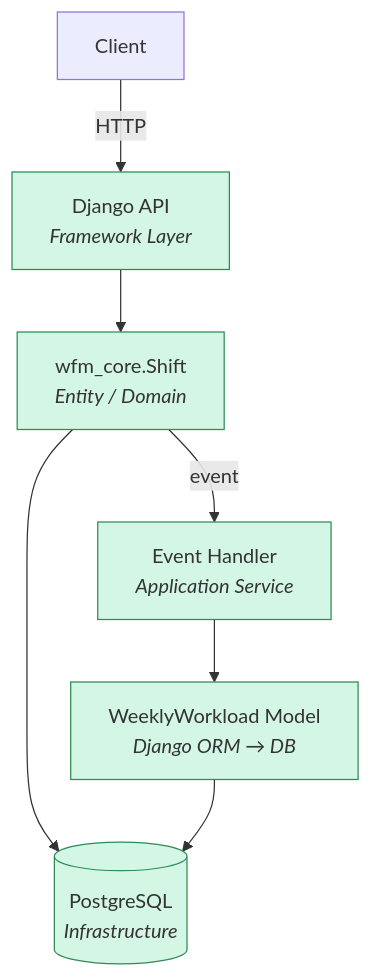
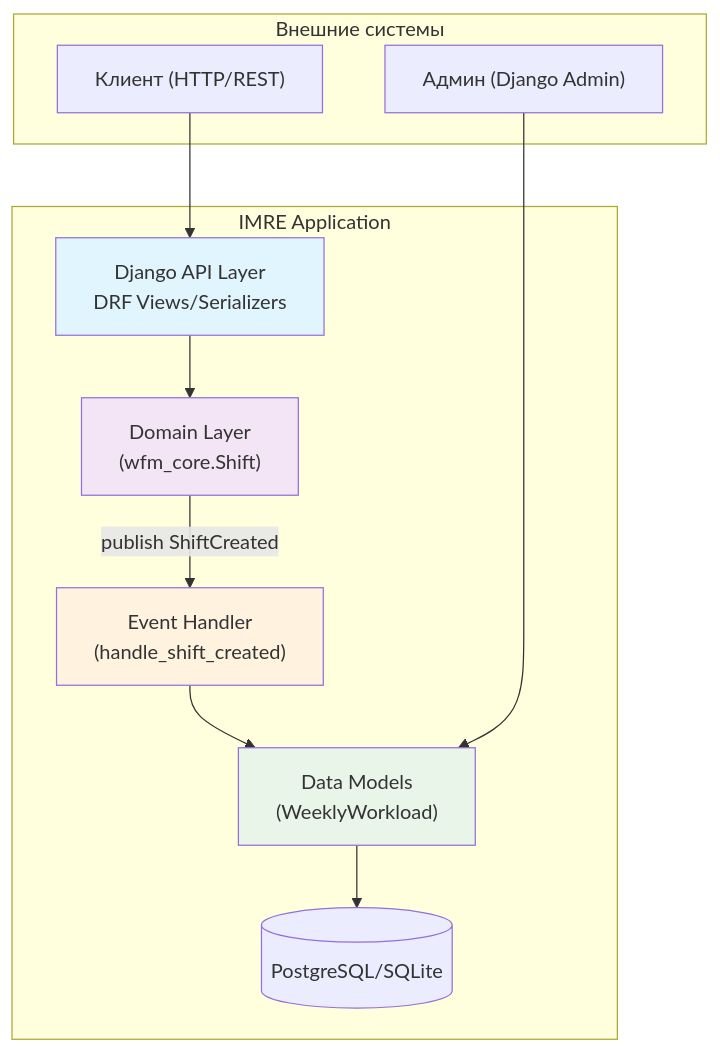
The third of 3 diagrams in README.md (globanov/imre), drawn with Mermaid before and after one commit. The commit also changed other lines of this file, not shown here.

Commit message:
docs: align all documentation with actual synchronous implementation, improve architecture diagrams

````diff
--- a/README.md
+++ b/README.md
@@ -66,15 +66,27 @@
 ```mermaid
-graph TD
-    A[Client] -->|HTTP| B[Django API<br><i>Framework Layer</i>]
-    B --> C["wfm_core.Shift<br><i>Entity / Domain</i>"]
-    C --> D[(PostgreSQL<br><i>Infrastructure</i>)]
-    C -->|event| E["Event Handler<br><i>Application Service</i>"]
-    E --> F["WeeklyWorkload Model<br><i>Django ORM → DB</i>"]
-    F --> D
+graph TB
+    subgraph "Внешние системы"
+        Client["Клиент (HTTP/REST)"]
+        Admin["Админ (Django Admin)"]
+    end
     
-    style C fill:#d4f7e5,stroke:#2e8b57
-    style F fill:#d4f7e5,stroke:#2e8b57
-    style B fill:#d4f7e5,stroke:#2e8b57
-    style E fill:#d4f7e5,stroke:#2e8b57
-    style D fill:#d4f7e5,stroke:#2e8b57
+    subgraph "IMRE Application"
+        API["Django API Layer<br/>DRF Views/Serializers"]
+        Domain["Domain Layer<br/>(wfm_core.Shift)"]
+        EventHandler["Event Handler<br/>(handle_shift_created)"]
+        Models["Data Models<br/>(WeeklyWorkload)"]
+        DB[(PostgreSQL/SQLite)]
+    end
+    
+    Client --> API
+    API --> Domain
+    Domain -->|publish ShiftCreated| EventHandler
+    EventHandler --> Models
+    Admin --> Models
+    Models --> DB
+    
+    style API fill:#e1f5fe
+    style Domain fill:#f3e5f5
+    style EventHandler fill:#fff3e0
+    style Models fill:#e8f5e8
 ```
````
